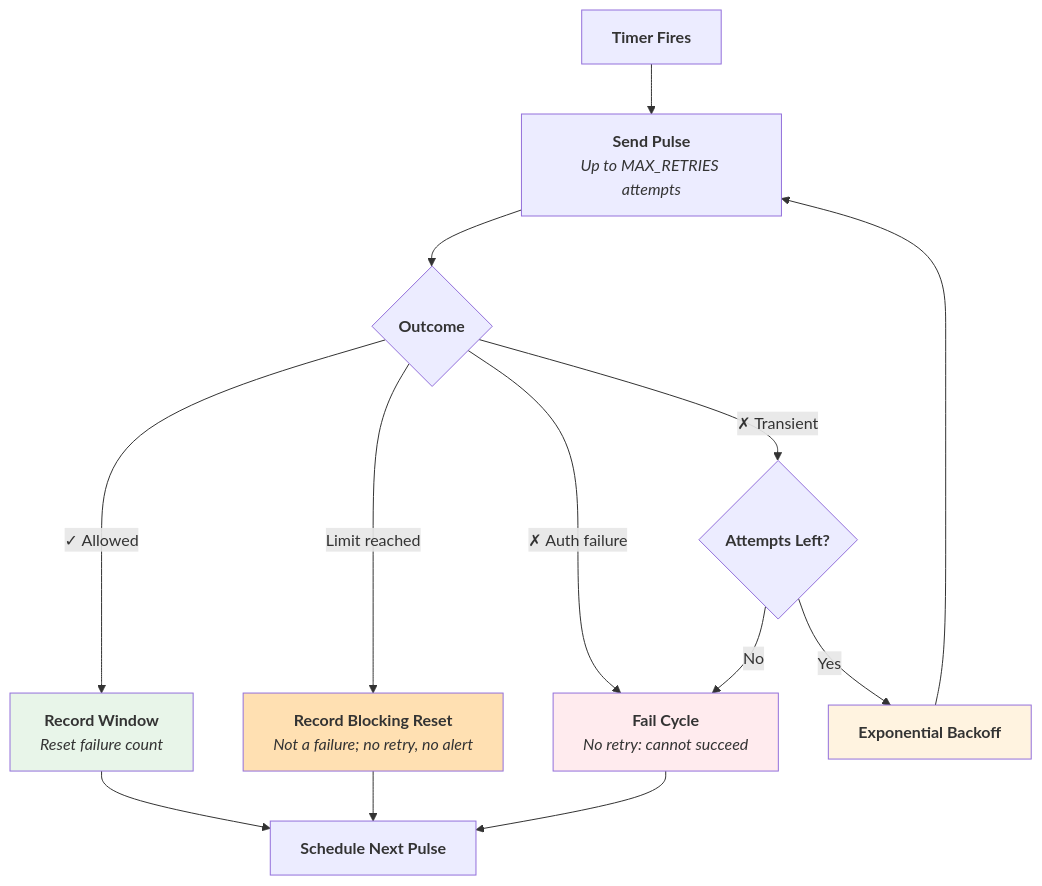
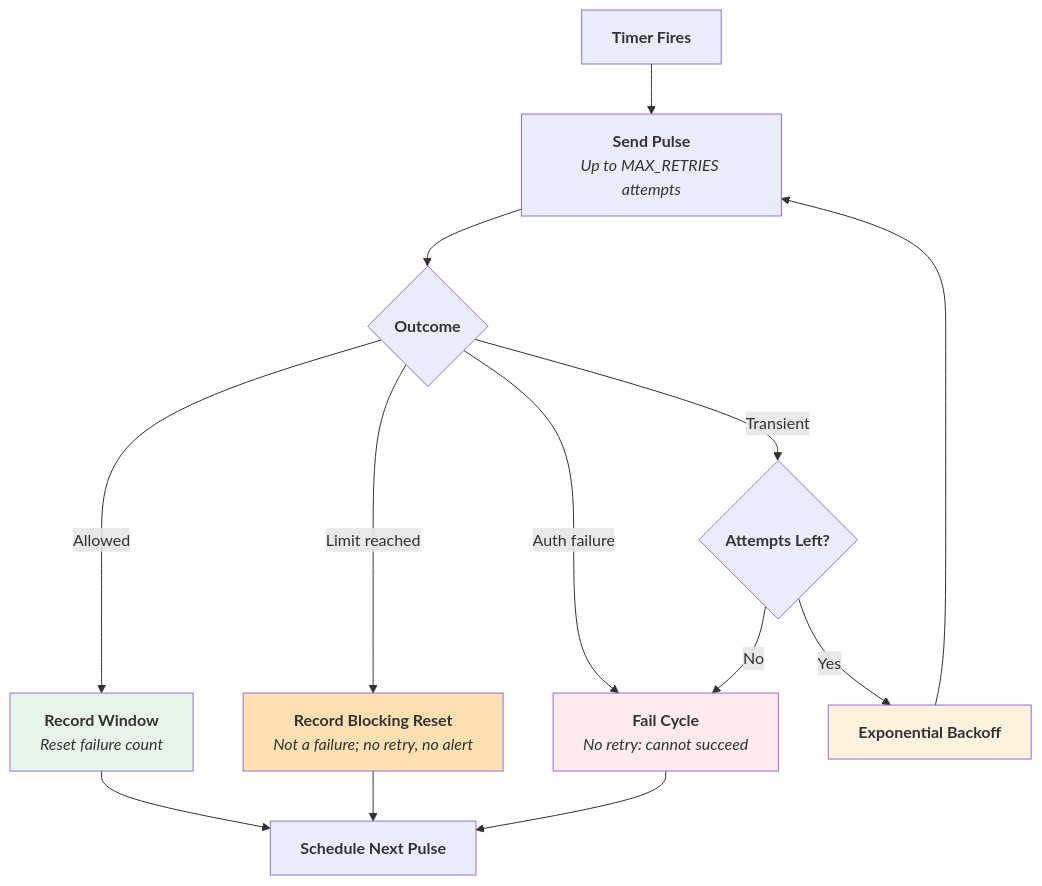
Before and after one commit to substance0/claudepulse: the third of 8 diagrams in docs/workflow-diagrams.md, drawn with Mermaid. The commit also changed 3 other files, not shown here.

````diff
--- a/docs/workflow-diagrams.md
+++ b/docs/workflow-diagrams.md
@@ -86,29 +86,29 @@
 ```mermaid
 graph TD
     A["`**Timer Fires**`"] --> B["`**Send Pulse**
     _Up to MAX_RETRIES attempts_`"]
 
     B --> C{"`**Outcome**`"}
 
-    C -->|"✓ Allowed"| D["`**Record Window**
+    C -->|"Allowed"| D["`**Record Window**
     _Reset failure count_`"]
 
     C -->|"Limit reached"| E["`**Record Blocking Reset**
     _Not a failure; no retry, no alert_`"]
 
-    C -->|"✗ Auth failure"| F["`**Fail Cycle**
+    C -->|"Auth failure"| F["`**Fail Cycle**
     _No retry: cannot succeed_`"]
 
-    C -->|"✗ Transient"| G{"`**Attempts Left?**`"}
+    C -->|"Transient"| G{"`**Attempts Left?**`"}
     G -->|"Yes"| H["`**Exponential Backoff**`"] --> B
     G -->|"No"| F
 
     D --> I["`**Schedule Next Pulse**`"]
     E --> I
     F --> I
 
     style D fill:#e8f5e9
     style E fill:#ffe0b2
     style F fill:#ffebee
     style H fill:#fff3e0
 ```
````
